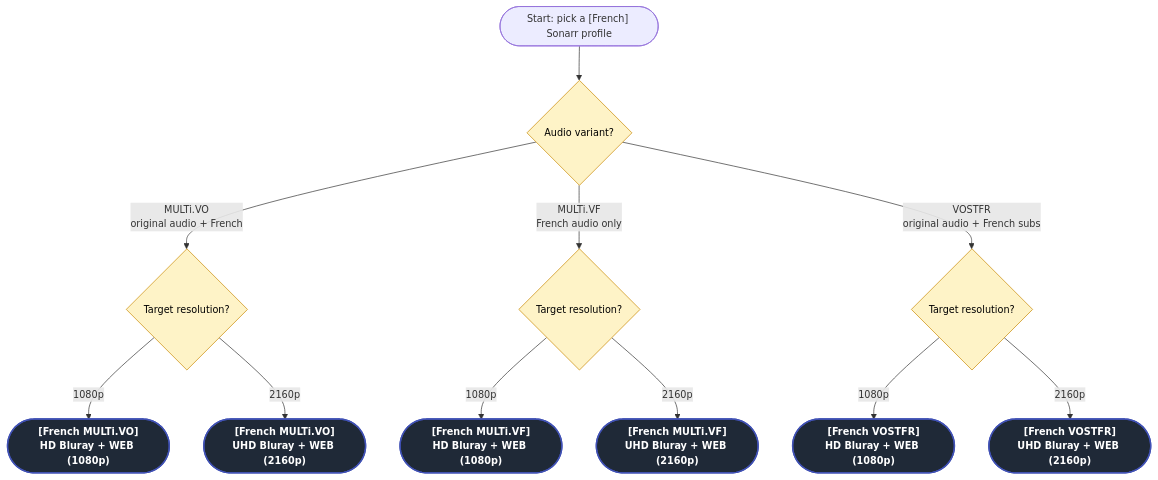
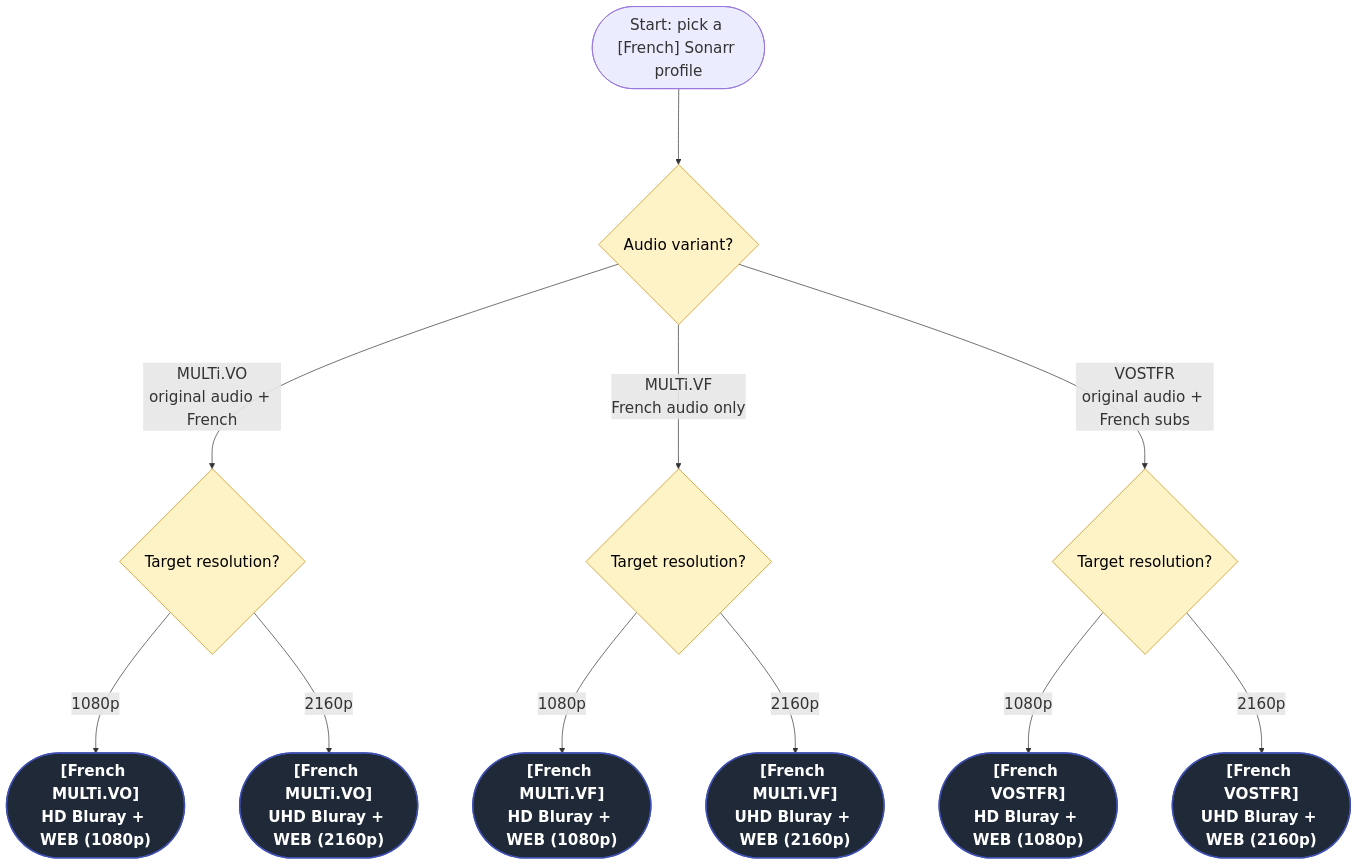
One commit to TRaSH-Guides/Guides changed the diagram in includes/starr/_pick-a-profile-chart-sonarr-french.md. Above: the diagram before and after it, drawn with Mermaid. The commit also changed 5 other files, not shown here.

First line of the commit message:
fix(guide): scale mermaid charts up so default browser zoom is readable

````diff
--- a/includes/starr/_pick-a-profile-chart-sonarr-french.md
+++ b/includes/starr/_pick-a-profile-chart-sonarr-french.md
@@ -2,23 +2,23 @@
 ```mermaid
-%%{init: {"flowchart": {"useMaxWidth": false, "htmlLabels": true, "curve": "basis"}, "themeVariables": {"fontSize": "14px"}}}%%
+%%{init: {"flowchart": {"useMaxWidth": false, "htmlLabels": true, "curve": "basis", "nodeSpacing": 80, "rankSpacing": 110, "padding": 20}, "themeVariables": {"fontSize": "22px"}}}%%
 flowchart TD
     START(["Start: pick a [French] Sonarr profile"]) --> VAR{Audio variant?}
 
     VAR -->|MULTi.VO<br/>original audio + French| VO_RES{Target resolution?}
     VAR -->|MULTi.VF<br/>French audio only| VF_RES{Target resolution?}
     VAR -->|VOSTFR<br/>original audio + French subs| VOS_RES{Target resolution?}
 
     VO_RES -->|1080p| P_VO_1080(["[French MULTi.VO]<br/>HD Bluray + WEB (1080p)"])
     VO_RES -->|2160p| P_VO_2160(["[French MULTi.VO]<br/>UHD Bluray + WEB (2160p)"])
 
     VF_RES -->|1080p| P_VF_1080(["[French MULTi.VF]<br/>HD Bluray + WEB (1080p)"])
     VF_RES -->|2160p| P_VF_2160(["[French MULTi.VF]<br/>UHD Bluray + WEB (2160p)"])
 
     VOS_RES -->|1080p| P_VOS_1080(["[French VOSTFR]<br/>HD Bluray + WEB (1080p)"])
     VOS_RES -->|2160p| P_VOS_2160(["[French VOSTFR]<br/>UHD Bluray + WEB (2160p)"])
 
     classDef leaf fill:#1f2937,stroke:#4051B5,stroke-width:2px,color:#fff,font-weight:bold;
     classDef decision fill:#fef3c7,stroke:#ca8a04,color:#000;
     class P_VO_1080,P_VO_2160,P_VF_1080,P_VF_2160,P_VOS_1080,P_VOS_2160 leaf;
     class VAR,VO_RES,VF_RES,VOS_RES decision;
 ```
````
